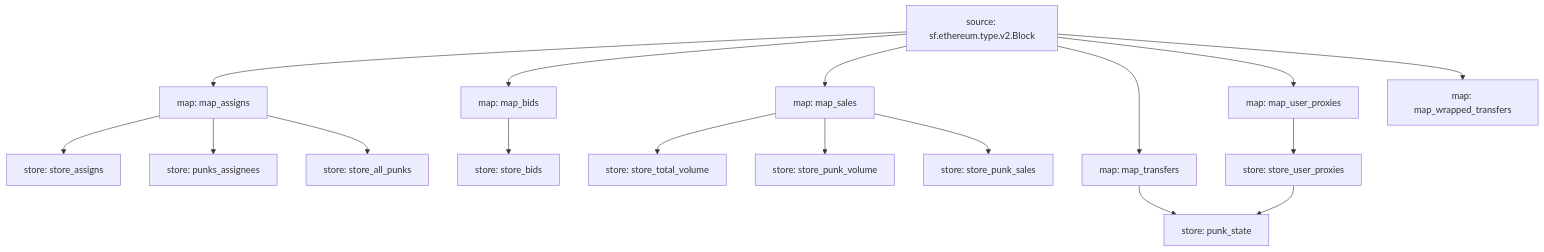
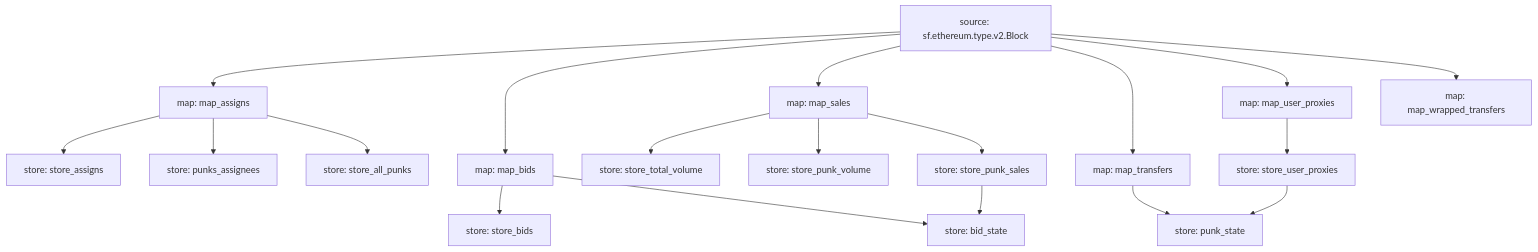
The diagram in README.md (itsjerryokolo/cryptopunks_substreams), drawn with Mermaid before and after one commit. The commit also changed 4 other files, not shown here.

````diff
--- a/README.md
+++ b/README.md
@@ -3,34 +3,37 @@
 ```mermaid
 graph TD;
   map_assigns[map: map_assigns]
   sf.ethereum.type.v2.Block[source: sf.ethereum.type.v2.Block] --> map_assigns
   store_assigns[store: store_assigns]
   map_assigns --> store_assigns
   punks_assignees[store: punks_assignees]
   map_assigns --> punks_assignees
   map_bids[map: map_bids]
   sf.ethereum.type.v2.Block[source: sf.ethereum.type.v2.Block] --> map_bids
   store_bids[store: store_bids]
   map_bids --> store_bids
+  bid_state[store: bid_state]
+  map_bids --> bid_state
+  store_punk_sales --> bid_state
   store_all_punks[store: store_all_punks]
   map_assigns --> store_all_punks
   store_total_volume[store: store_total_volume]
   map_sales --> store_total_volume
   store_punk_volume[store: store_punk_volume]
   map_sales --> store_punk_volume
   store_punk_sales[store: store_punk_sales]
   map_sales --> store_punk_sales
   map_sales[map: map_sales]
   sf.ethereum.type.v2.Block[source: sf.ethereum.type.v2.Block] --> map_sales
   map_transfers[map: map_transfers]
   sf.ethereum.type.v2.Block[source: sf.ethereum.type.v2.Block] --> map_transfers
   punk_state[store: punk_state]
   map_transfers --> punk_state
   store_user_proxies --> punk_state
   map_user_proxies[map: map_user_proxies]
   sf.ethereum.type.v2.Block[source: sf.ethereum.type.v2.Block] --> map_user_proxies
   map_wrapped_transfers[map: map_wrapped_transfers]
   sf.ethereum.type.v2.Block[source: sf.ethereum.type.v2.Block] --> map_wrapped_transfers
   store_user_proxies[store: store_user_proxies]
   map_user_proxies --> store_user_proxies
 ```
````
